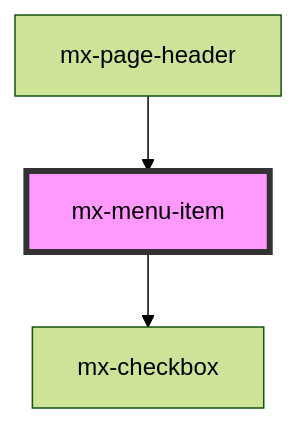
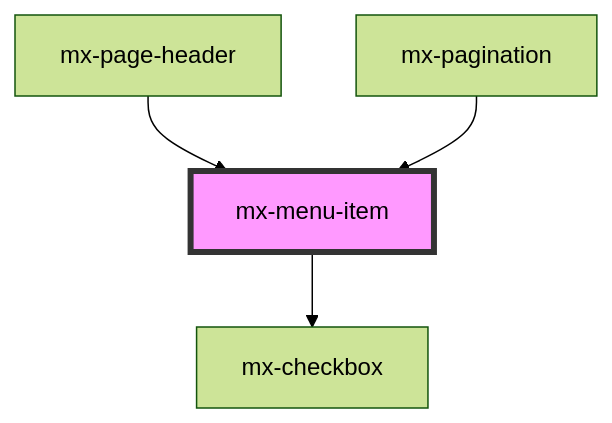
Before and after one commit to kevinleedrum/mds: the diagram in src/components/mx-menu-item/readme.md, drawn with Mermaid (forest theme). The commit also changed other lines of this file and 398 other files, not shown here.

````diff
--- a/src/components/mx-menu-item/readme.md
+++ b/src/components/mx-menu-item/readme.md
@@ -60,6 +61,7 @@
 ```mermaid
 graph TD;
   mx-menu-item --> mx-checkbox
   mx-page-header --> mx-menu-item
+  mx-pagination --> mx-menu-item
   style mx-menu-item fill:#f9f,stroke:#333,stroke-width:4px
 ```
````
